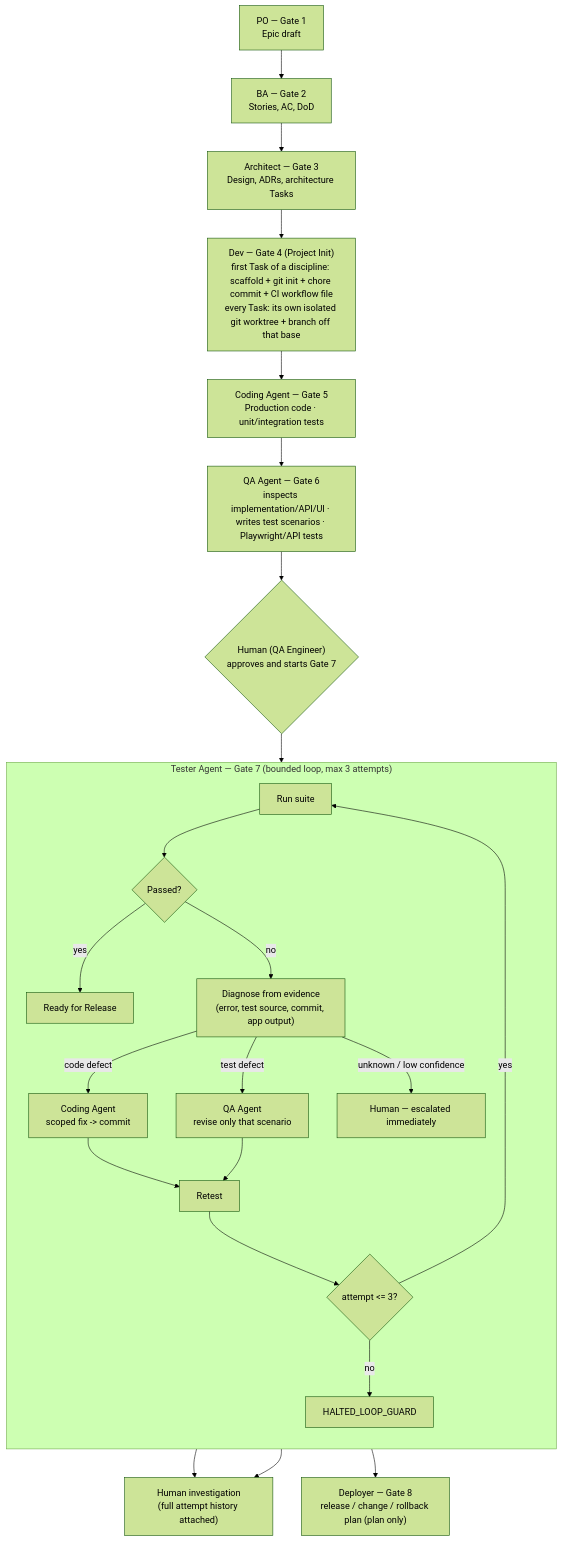
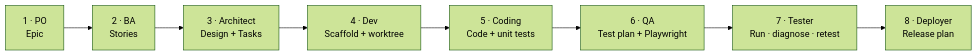
The second of 9 diagrams in docs/ARCHITECTURE.md (HasithaErandika/aura), drawn with Mermaid (forest theme) before and after one commit. The commit also changed other lines of this file and 19 other files, not shown here.

````diff
--- a/docs/ARCHITECTURE.md
+++ b/docs/ARCHITECTURE.md
@@ -223,29 +75,7 @@
 ```mermaid
-flowchart TD
-    PO["PO — Gate 1<br/>Epic draft"] --> BA["BA — Gate 2<br/>Stories, AC, DoD"]
-    BA --> ARCH["Architect — Gate 3<br/>Design, ADRs, architecture Tasks"]
-    ARCH --> DEV["Dev — Gate 4 (Project Init)<br/>first Task of a discipline: scaffold + git init + chore commit + CI workflow file<br/>every Task: its own isolated git worktree + branch off that base"]
-    DEV --> CODE["Coding Agent — Gate 5<br/>Production code · unit/integration tests"]
-    CODE --> QA["QA Agent — Gate 6<br/>inspects implementation/API/UI · writes test scenarios · Playwright/API tests"]
-    QA --> QAOK{"Human (QA Engineer)<br/>approves and starts Gate 7"}
-    QAOK --> RUN
-
-    subgraph TESTER["Tester Agent — Gate 7 (bounded loop, max 3 attempts)"]
-        direction TB
-        RUN["Run suite"] --> PASSCHK{"Passed?"}
-        PASSCHK -->|"yes"| DONE["Ready for Release"]
-        PASSCHK -->|"no"| DIAG["Diagnose from evidence<br/>(error, test source, commit, app output)"]
-        DIAG -->|"code defect"| TOCODE["Coding Agent<br/>scoped fix -> commit"]
-        DIAG -->|"test defect"| TOQA["QA Agent<br/>revise only that scenario"]
-        DIAG -->|"unknown / low confidence"| ESCALATE["Human — escalated immediately"]
-        TOCODE --> RETEST["Retest"]
-        TOQA --> RETEST
-        RETEST --> CAP{"attempt <= 3?"}
-        CAP -->|"yes"| RUN
-        CAP -->|"no"| HALT["HALTED_LOOP_GUARD"]
-    end
-
-    ESCALATE --> HUMAN["Human investigation<br/>(full attempt history attached)"]
-    HALT --> HUMAN
-    DONE --> DEPLOY["Deployer — Gate 8<br/>release / change / rollback plan (plan only)"]
+flowchart LR
+    G1["1 · PO<br/>Epic"] --> G2["2 · BA<br/>Stories"] --> G3["3 · Architect<br/>Design + Tasks"]
+    G3 --> G4["4 · Dev<br/>Scaffold + worktree"] --> G5["5 · Coding<br/>Code + unit tests"]
+    G5 --> G6["6 · QA<br/>Test plan + Playwright"] --> G7["7 · Tester<br/>Run · diagnose · retest"]
+    G7 --> G8["8 · Deployer<br/>Release plan"]
 ```
````
